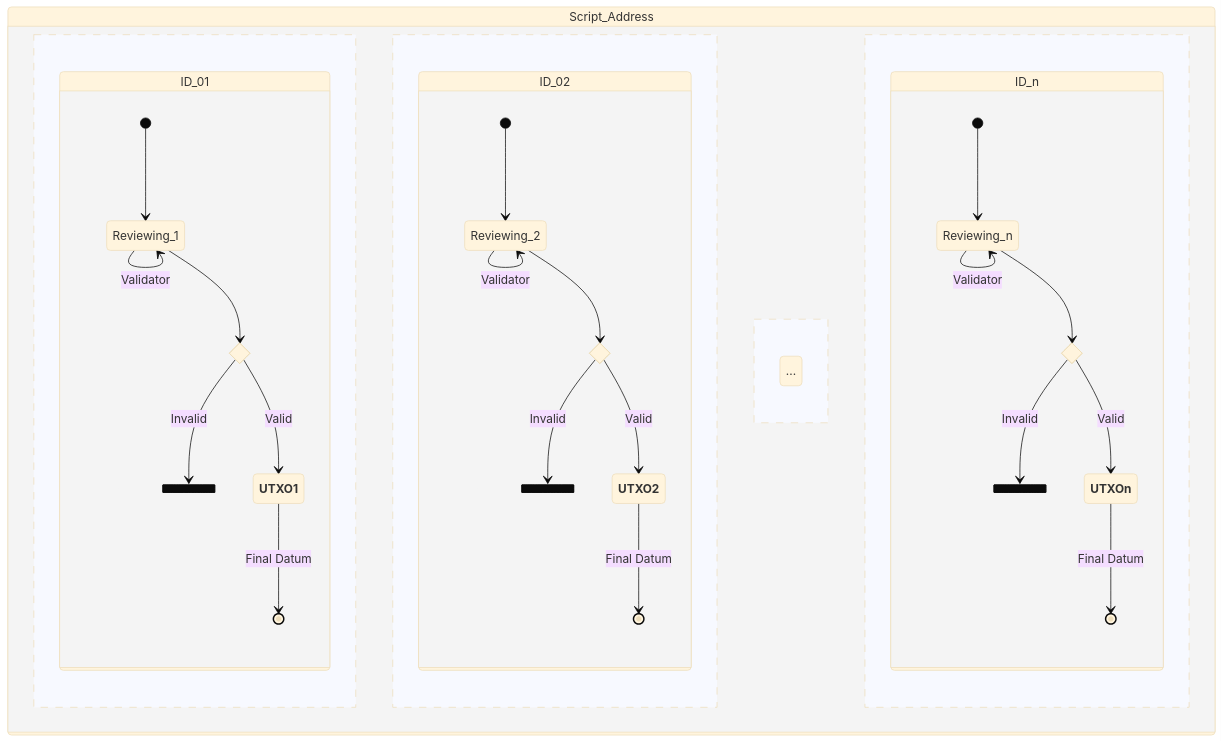
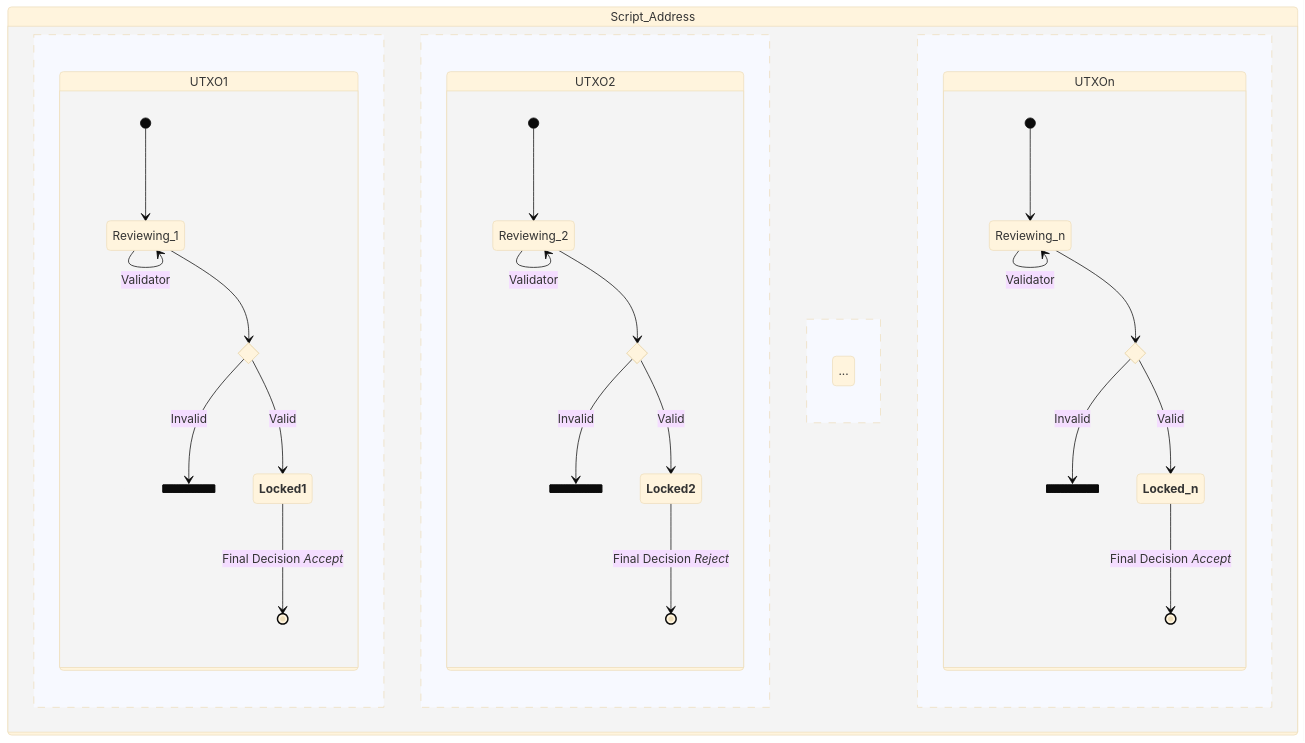
One commit to gufett0/p2p-review-protocol changed the second of 2 diagrams in README.md. Above: the diagram before and after it, drawn with Mermaid (base theme). The commit also changed other lines of this file, not shown here.

````diff
--- a/README.md
+++ b/README.md
@@ -55,39 +60,39 @@
 ```mermaid
 stateDiagram-v2
     state Script_Address {
         state Final <<choice>>
         state Final2 <<choice>>
         state Final3 <<choice>>
         state Empty <<fork>>
         state Empty2 <<fork>>
         state Empty3 <<fork>>
-        state ID_01 {
+        state UTXO1 {
         [*] --> Reviewing_1
         Reviewing_1 --> Reviewing_1: Validator
         Reviewing_1 --> Final
         Final --> Empty : Invalid
-        Final --> <b>UTXO1</b> : Valid
-        <b>UTXO1</b> --> [*] : Final Datum
+        Final --> <b>Locked1</b> : Valid
+        <b>Locked1</b> --> [*] : Final Decision  <i>Accept</i> 
         }
         --
-        state ID_02 {
+        state UTXO2 {
         [*] --> Reviewing_2
         Reviewing_2 --> Reviewing_2: Validator
         Reviewing_2 --> Final2
         Final2 --> Empty2 : Invalid
-        Final2 --> <b>UTXO2</b> : Valid
-        <b>UTXO2</b> --> [*] : Final Datum
+        Final2 --> <b>Locked2</b> : Valid
+        <b>Locked2</b> --> [*] : Final Decision  <i>Reject</i> 
         }
         --
         ...
         --
-        state ID_n {
+        state UTXOn {
         [*] --> Reviewing_n
         Reviewing_n --> Reviewing_n: Validator
         Reviewing_n --> Final3
         Final3 --> Empty3 : Invalid
-        Final3 --> <b>UTXOn</b> : Valid
-        <b>UTXOn</b> --> [*] : Final Datum
+        Final3 --> <b>Locked_n</b> : Valid
+        <b>Locked_n</b> --> [*] : Final Decision <i>Accept</i> 
         }
     }
 ```
````
